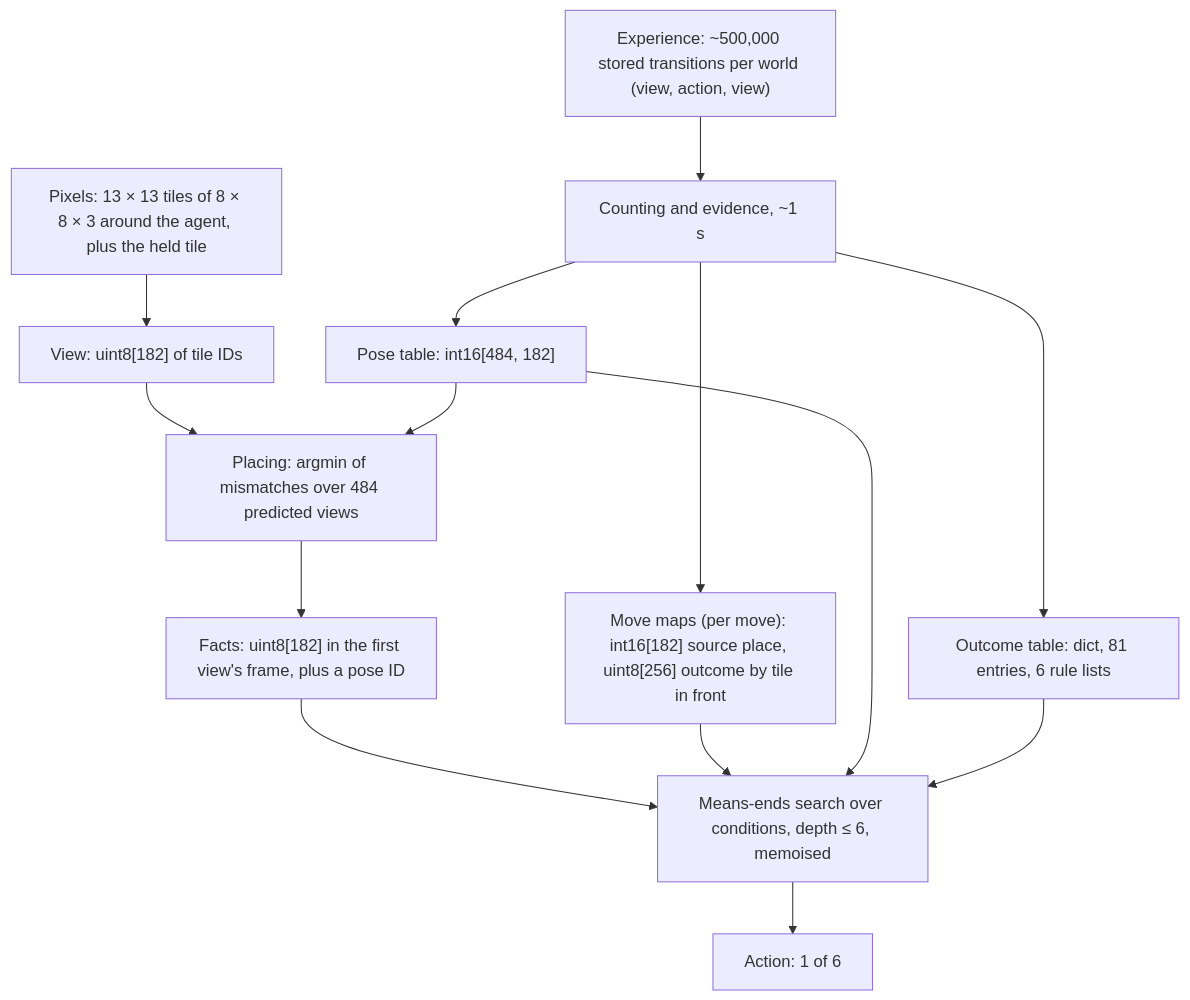
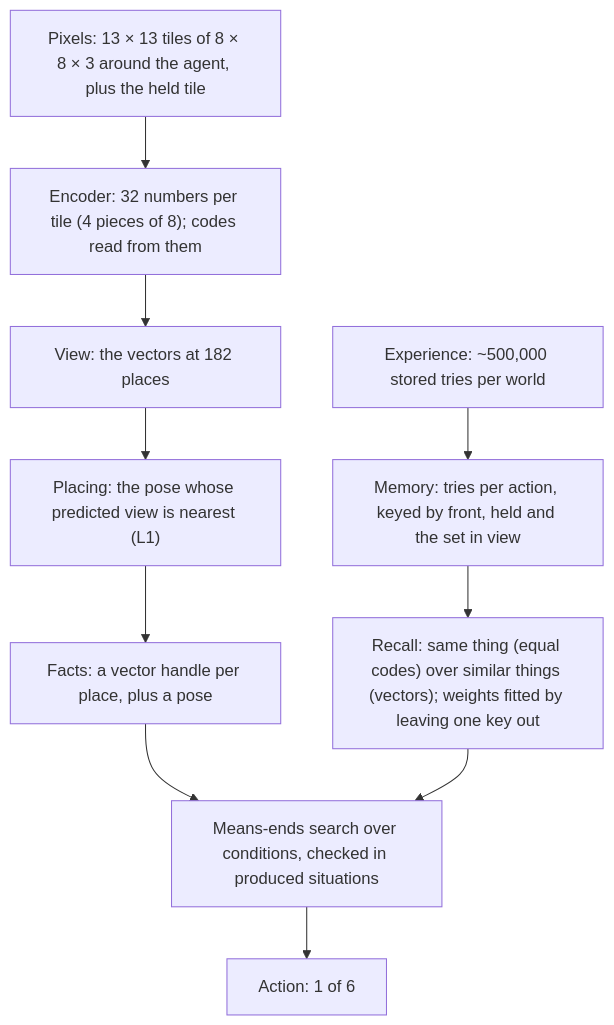
One commit to alfredricker/world-model changed the diagram in ARCHITECTURE.md. Above: the diagram before and after it, drawn with Mermaid. The commit also changed other lines of this file and 17 other files, not shown here.

````diff
--- a/ARCHITECTURE.md
+++ b/ARCHITECTURE.md
@@ -49,16 +53,12 @@
 ```mermaid
 flowchart TD
-    P["Pixels: 13 × 13 tiles of 8 × 8 × 3 around the agent, plus the held tile"] --> V["View: uint8[182] of tile IDs"]
-    X["Experience: ~500,000 stored transitions per world (view, action, view)"] --> L["Counting and evidence, ~1 s"]
-    L --> MM["Move maps (per move): int16[182] source place, uint8[256] outcome by tile in front"]
-    L --> PT["Pose table: int16[484, 182]"]
-    L --> OT["Outcome table: dict, 81 entries, 6 rule lists"]
-    V --> O["Placing: argmin of mismatches over 484 predicted views"]
-    PT --> O
-    O --> FA["Facts: uint8[182] in the first view's frame, plus a pose ID"]
-    FA --> S["Means-ends search over conditions, depth ≤ 6, memoised"]
-    MM --> S
-    PT --> S
-    OT --> S
+    P["Pixels: 13 × 13 tiles of 8 × 8 × 3 around the agent, plus the held tile"] --> E["Encoder: 32 numbers per tile (4 pieces of 8); codes read from them"]
+    E --> V["View: the vectors at 182 places"]
+    X["Experience: ~500,000 stored tries per world"] --> M["Memory: tries per action, keyed by front, held and the set in view"]
+    M --> R["Recall: same thing (equal codes) over similar things (vectors); weights fitted by leaving one key out"]
+    V --> O["Placing: the pose whose predicted view is nearest (L1)"]
+    O --> FA["Facts: a vector handle per place, plus a pose"]
+    FA --> S["Means-ends search over conditions, checked in produced situations"]
+    R --> S
     S --> A["Action: 1 of 6"]
 ```
````
